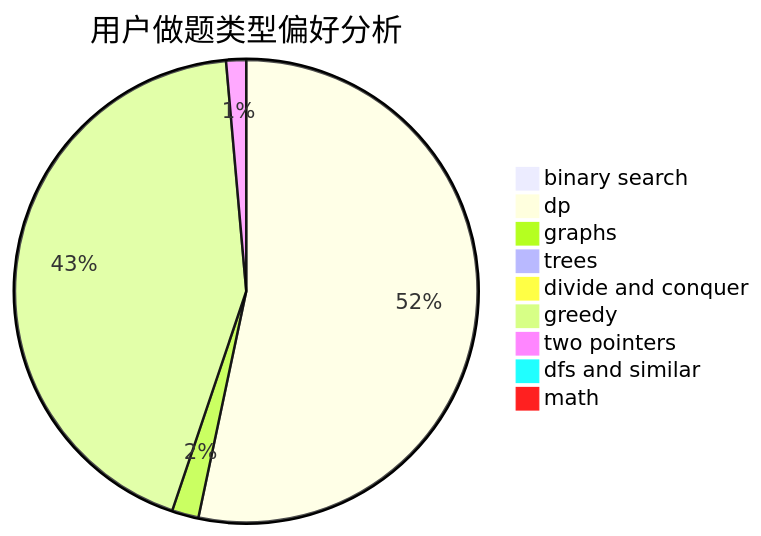
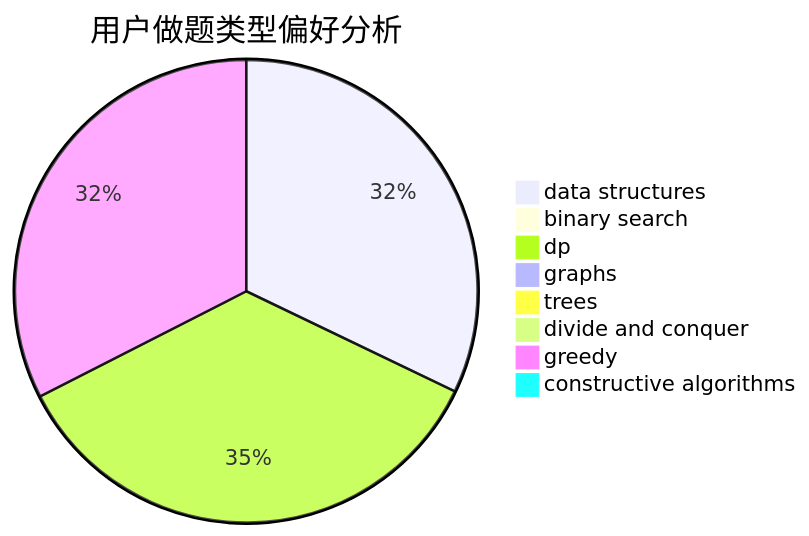
The second of 3 diagrams in docs/user/u1685.md (sherpahu/cfrs.github.io), drawn with Mermaid before and after one commit. The commit also changed other lines of this file and 2775 other files, not shown here.

````diff
--- a/docs/user/u1685.md
+++ b/docs/user/u1685.md
@@ -23,12 +23,11 @@
 ```mermaid
 pie title 用户做题类型偏好分析
-    "binary search" :  2
-    "dp" :  458
-    "graphs" :  16
+    "data structures" :  335
+    "binary search" :  0
+    "dp" :  369
+    "graphs" :  6
     "trees" :  0
     "divide and conquer" :  3
-    "greedy" :  373
-    "two pointers" :  12
-    "dfs and similar" :  5
-    "math" :  5
+    "greedy" :  339
+    "constructive algorithms" :  10
 ```
````
